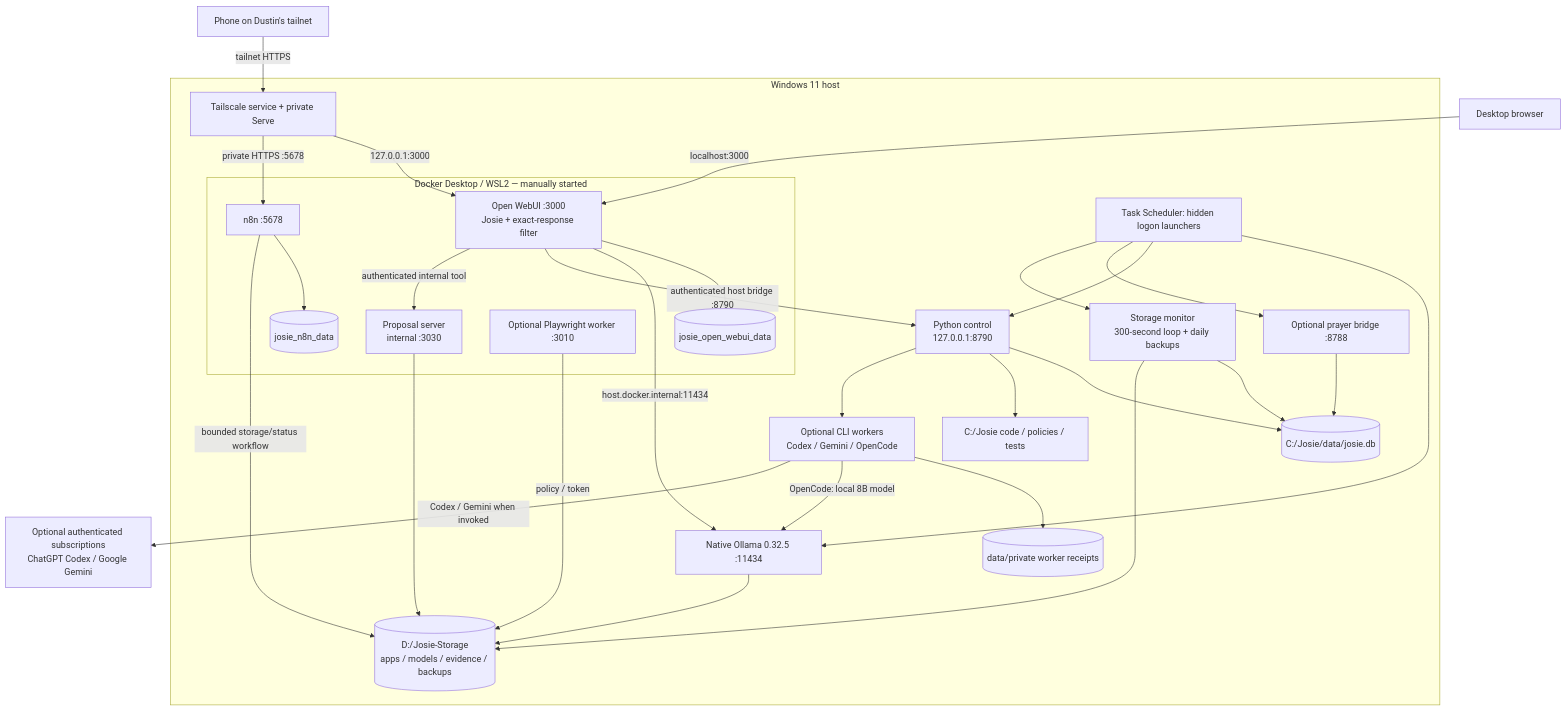
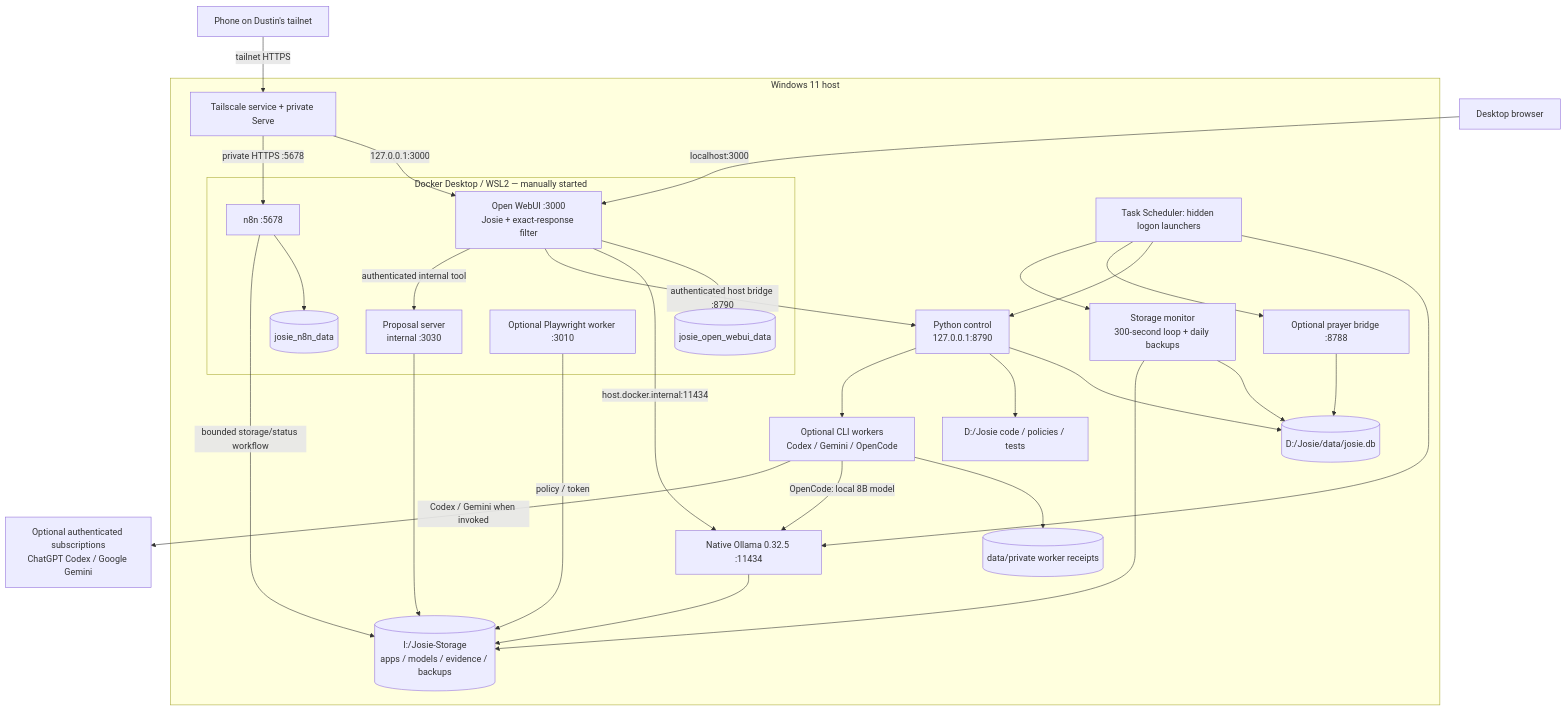
One commit to daboggess/josie-core changed the first of 2 diagrams in ARCHITECTURE.md. Above: the diagram before and after it, drawn with Mermaid. The commit also changed other lines of this file and 11 other files, not shown here.

````diff
--- a/ARCHITECTURE.md
+++ b/ARCHITECTURE.md
@@ -9,53 +9,53 @@
 ```mermaid
 flowchart TB
     Desktop["Desktop browser"]
     Phone["Phone on Dustin's tailnet"]
     subgraph Host["Windows 11 host"]
         TS["Tailscale service + private Serve"]
         Tasks["Task Scheduler: hidden logon launchers"]
         Ollama["Native Ollama 0.32.5 :11434"]
         Control["Python control<br/>127.0.0.1:8790"]
         Prayer["Optional prayer bridge :8788"]
         Monitor["Storage monitor<br/>300-second loop + daily backups"]
-        SQL[("C:/Josie/data/josie.db")]
-        Core["C:/Josie code / policies / tests"]
+        SQL[("D:/Josie/data/josie.db")]
+        Core["D:/Josie code / policies / tests"]
         Receipts[("data/private worker receipts")]
         Workers["Optional CLI workers<br/>Codex / Gemini / OpenCode"]
-        DiskD[("D:/Josie-Storage<br/>apps / models / evidence / backups")]
+        DiskD[("I:/Josie-Storage<br/>apps / models / evidence / backups")]
         subgraph Docker["Docker Desktop / WSL2 — manually started"]
             WebUI["Open WebUI :3000<br/>Josie + exact-response filter"]
             WebData[("josie_open_webui_data")]
             N8N["n8n :5678"]
             N8NData[("josie_n8n_data")]
             Proposal["Proposal server<br/>internal :3030"]
             Browser["Optional Playwright worker :3010"]
         end
     end
     Cloud["Optional authenticated subscriptions<br/>ChatGPT Codex / Google Gemini"]
     Desktop -->|"localhost:3000"| WebUI
     Phone -->|"tailnet HTTPS"| TS
     TS -->|"127.0.0.1:3000"| WebUI
     TS -->|"private HTTPS :5678"| N8N
     WebUI --> WebData
     WebUI -->|"host.docker.internal:11434"| Ollama
     WebUI -->|"authenticated host bridge :8790"| Control
     WebUI -->|"authenticated internal tool"| Proposal
     Ollama --> DiskD
     Control --> SQL
     Control --> Core
     Control --> Workers
     Workers --> Receipts
     Workers -->|"OpenCode: local 8B model"| Ollama
     Workers -->|"Codex / Gemini when invoked"| Cloud
     N8N --> N8NData
     N8N -->|"bounded storage/status workflow"| DiskD
     Proposal --> DiskD
     Browser -->|"policy / token"| DiskD
     Prayer --> SQL
     Tasks --> Ollama
     Tasks --> Control
     Tasks --> Prayer
     Tasks --> Monitor
     Monitor --> SQL
     Monitor --> DiskD
 ```
````
